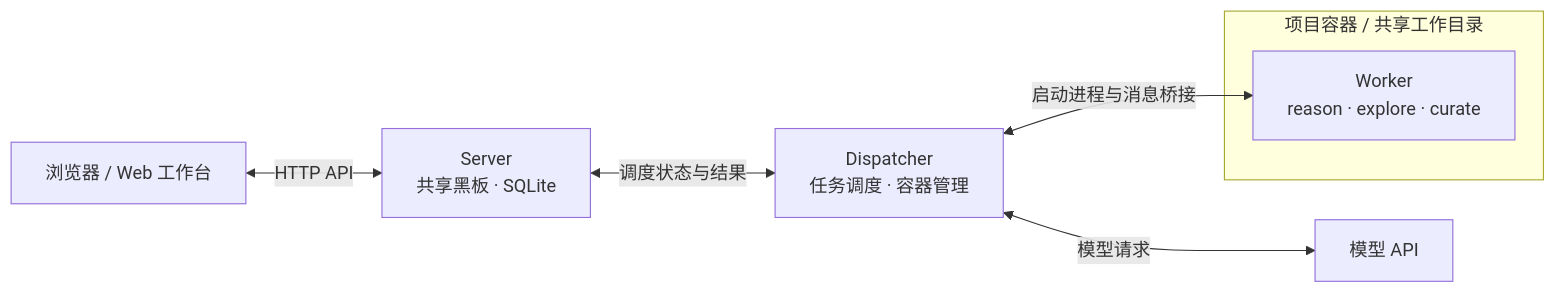
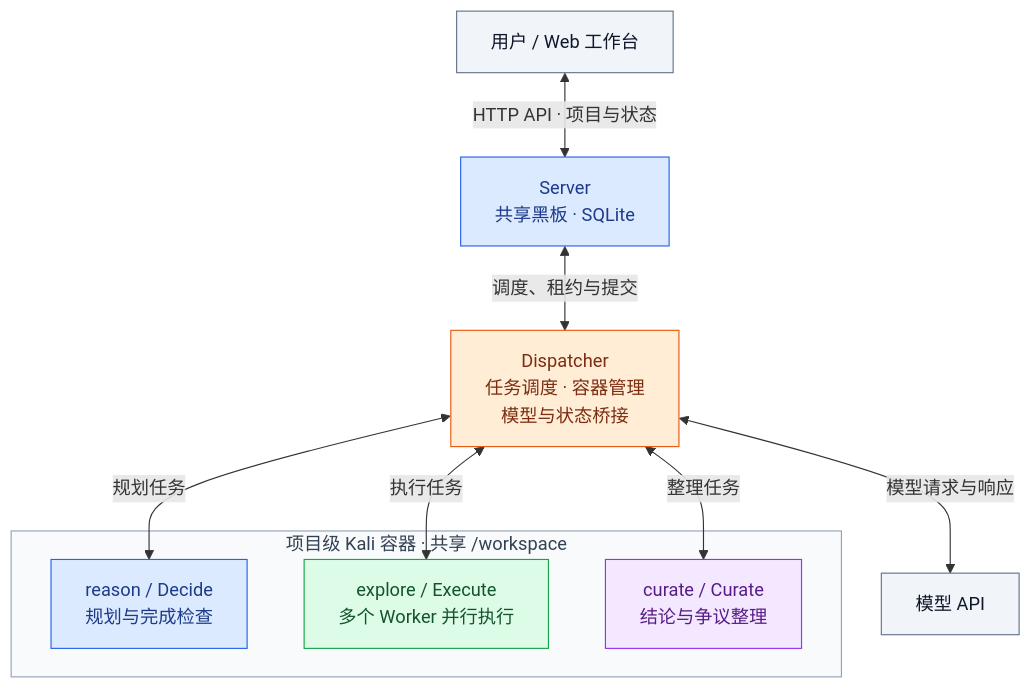
The diagram in README.md (do-whilefor/PwnMesh), drawn with Mermaid before and after one commit.

Commit message:
docs: clarify vertical architecture diagram with role colors

````diff
--- a/README.md
+++ b/README.md
@@ -34,10 +34,26 @@
 ```mermaid
-flowchart LR
-    U["浏览器 / Web 工作台"] <-->|HTTP API| S["Server<br/>共享黑板 · SQLite"]
-    S <-->|调度状态与结果| D["Dispatcher<br/>任务调度 · 容器管理"]
-    D <-->|模型请求| M["模型 API"]
-    D <-->|启动进程与消息桥接| W
-    subgraph P["项目容器 / 共享工作目录"]
-        W["Worker<br/>reason · explore · curate"]
+flowchart TB
+    U["用户 / Web 工作台"] <-->|"HTTP API · 项目与状态"| S["Server<br/>共享黑板 · SQLite"]
+    S <-->|"调度、租约与提交"| D["Dispatcher<br/>任务调度 · 容器管理<br/>模型与状态桥接"]
+    D <-->|"模型请求与响应"| M["模型 API"]
+    subgraph P["项目级 Kali 容器 · 共享 /workspace"]
+        R["reason / Decide<br/>规划与完成检查"]
+        E["explore / Execute<br/>多个 Worker 并行执行"]
+        C["curate / Curate<br/>结论与争议整理"]
     end
+    D <-->|"规划任务"| R
+    D <-->|"执行任务"| E
+    D <-->|"整理任务"| C
+
+    classDef entry fill:#f1f5f9,stroke:#64748b,color:#0f172a
+    classDef service fill:#dbeafe,stroke:#2563eb,color:#1e3a8a
+    classDef dispatcher fill:#ffedd5,stroke:#ea580c,color:#7c2d12
+    classDef execute fill:#dcfce7,stroke:#16a34a,color:#14532d
+    classDef curate fill:#f3e8ff,stroke:#9333ea,color:#581c87
+    class U,M entry
+    class S,R service
+    class D dispatcher
+    class E execute
+    class C curate
+    style P fill:#f8fafc,stroke:#94a3b8,color:#334155
 ```
````
